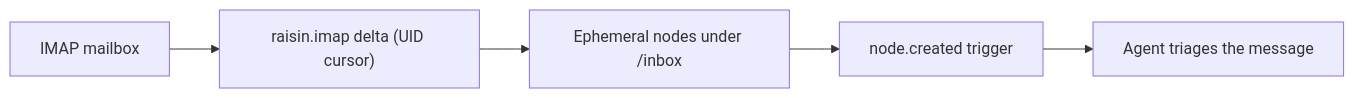
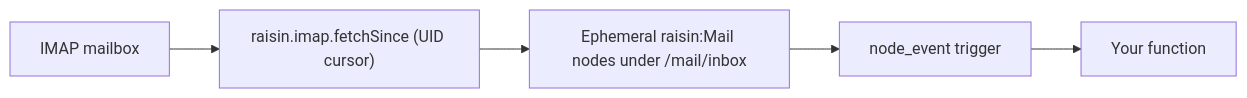
One commit to maravilla-labs/raisindb-website changed the diagram in docs/guides/integrations/sync-a-mailbox.md. Above: the diagram before and after it, drawn with Mermaid. The commit also changed other lines of this file and 174 other files, not shown here.

````diff
--- a/docs/guides/integrations/sync-a-mailbox.md
+++ b/docs/guides/integrations/sync-a-mailbox.md
@@ -14,7 +13,7 @@
 ```mermaid
 flowchart LR
-    M[IMAP mailbox] --> D["raisin.imap delta (UID cursor)"]
-    D --> N["Ephemeral nodes under /inbox"]
-    N --> T[node.created trigger]
-    T --> A[Agent triages the message]
+    M[IMAP mailbox] --> D["raisin.imap.fetchSince (UID cursor)"]
+    D --> N["Ephemeral raisin:Mail nodes under /mail/inbox"]
+    N --> T[node_event trigger]
+    T --> F[Your function]
 ```
````
